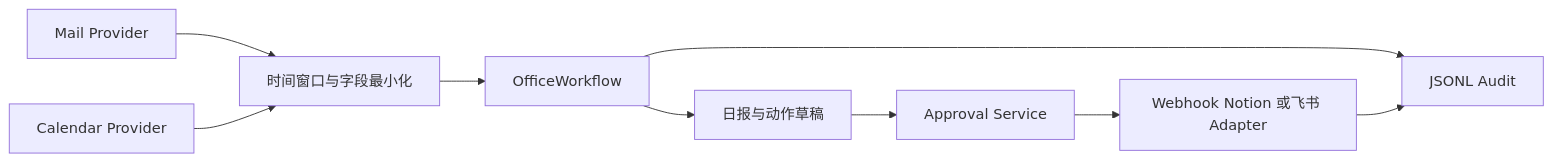
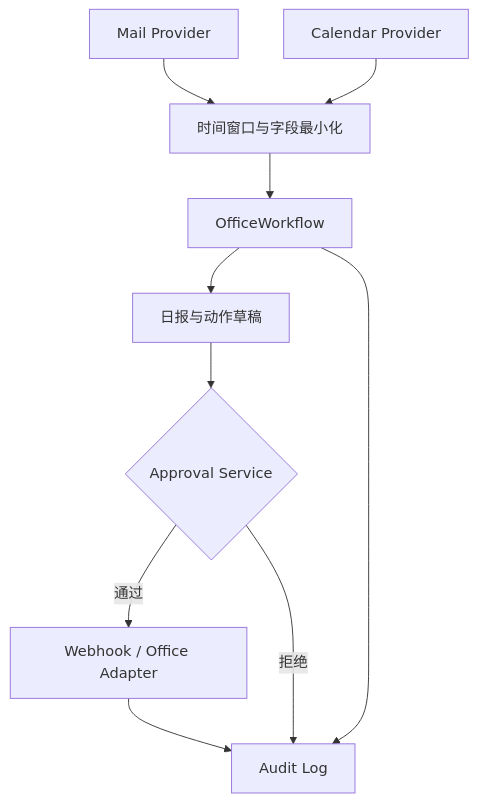
Before and after one commit to wujinjun/ai-agent-book: the second of 4 diagrams in projects/06-office-agent/README.md, drawn with Mermaid. The commit also changed other lines of this file and 536 other files, not shown here.

````diff
--- a/projects/06-office-agent/README.md
+++ b/projects/06-office-agent/README.md
@@ -30,14 +30,15 @@
 ```mermaid
 %% id: project6-provider-workflow-architecture
 %% title: 自动办公 Provider 与工作流架构
 %% alt: Mail Calendar Provider 经过时间窗口和隐私过滤进入 OfficeWorkflow，产生日报并由 Approval Service 控制 Webhook 发布
-flowchart LR
-    Mail[Mail Provider] --> Filter[时间窗口与字段最小化]
-    Calendar[Calendar Provider] --> Filter
-    Filter --> Workflow[OfficeWorkflow]
-    Workflow --> Draft[日报与动作草稿]
-    Draft --> Approval[Approval Service]
-    Approval --> Publisher[Webhook Notion 或飞书 Adapter]
-    Workflow --> Audit[JSONL Audit]
+flowchart TB
+    Mail["Mail Provider"] --> Filter["时间窗口与字段最小化"]
+    Calendar["Calendar Provider"] --> Filter
+    Filter --> Workflow["OfficeWorkflow"]
+    Workflow --> Draft["日报与动作草稿"]
+    Draft --> Approval{"Approval Service"}
+    Approval -->|通过| Publisher["Webhook / Office Adapter"]
+    Approval -->|拒绝| Audit["Audit Log"]
+    Workflow --> Audit
     Publisher --> Audit
 ```
````
